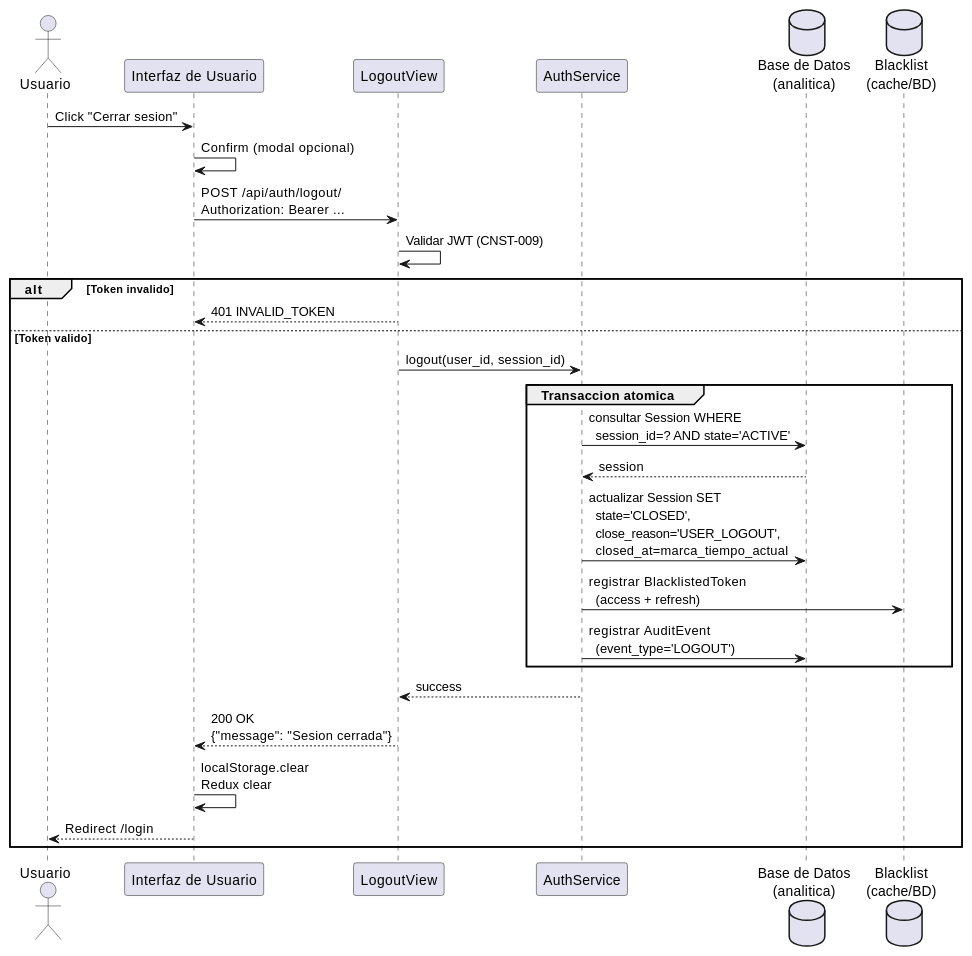
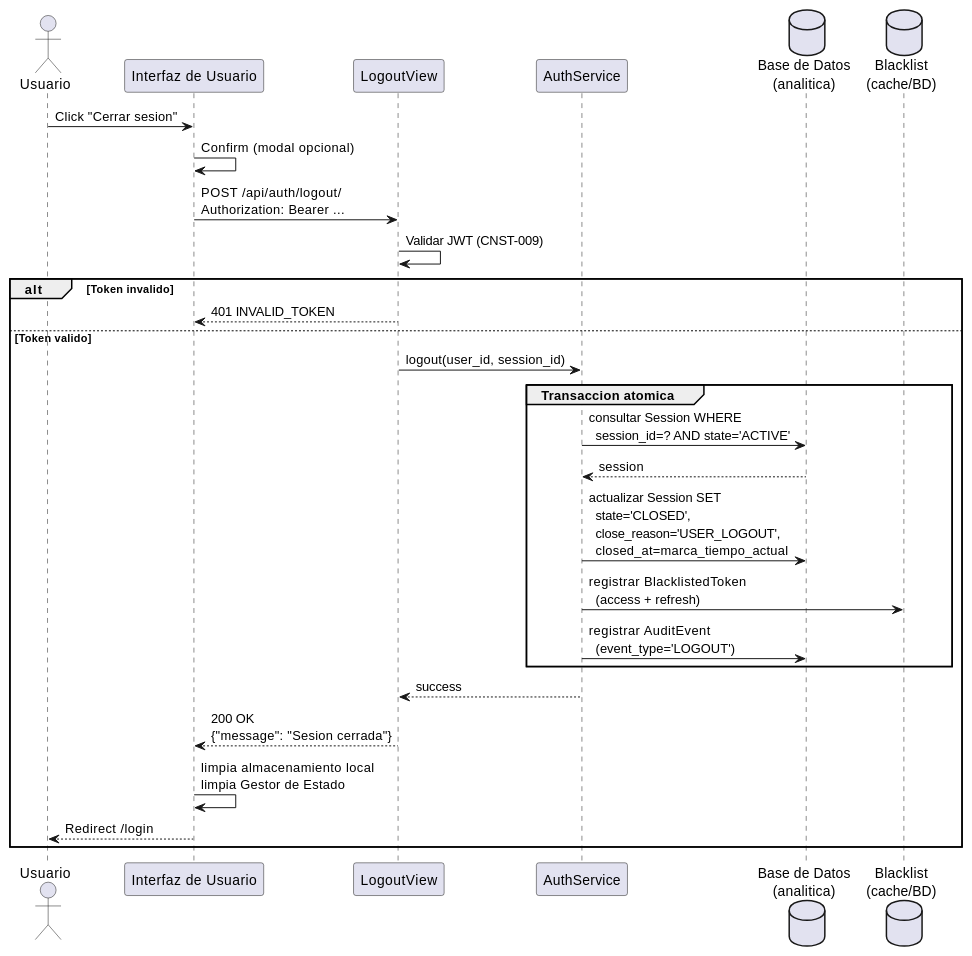
Before and after one commit to jcg-admin/IACT-docs: the diagram in source/requisitos/casos-uso/auth/uc-auth-02/diagramas-uml/diagrama-de-secuencia.rst, drawn with PlantUML. The commit also changed 12 other files, not shown here.

```diff
--- a/source/requisitos/casos-uso/auth/uc-auth-02/diagramas-uml/diagrama-de-secuencia.rst
+++ b/source/requisitos/casos-uso/auth/uc-auth-02/diagramas-uml/diagrama-de-secuencia.rst
@@ -4,37 +4,37 @@
 .. uml::
  :caption: UC_AUTH_02 — flujo principal
 
  @startuml
 
  actor Usuario as Usuario
  participant "Interfaz de Usuario" as InterfazDeUsuario
  participant "LogoutView" as Logoutview
  participant "AuthService" as Authservice
  database "Base de Datos\n(analitica)" as BaseDeDatos
  database "Blacklist\n(cache/BD)" as Blacklist
 
  Usuario -> InterfazDeUsuario: Click "Cerrar sesion"
  InterfazDeUsuario -> InterfazDeUsuario: Confirm (modal opcional)
  InterfazDeUsuario -> Logoutview: POST /api/auth/logout/\nAuthorization: Bearer ...
 
  Logoutview -> Logoutview: Validar JWT (CNST-009)
  alt Token invalido
    Logoutview --> InterfazDeUsuario: 401 INVALID_TOKEN
  else Token valido
    Logoutview -> Authservice: logout(user_id, session_id)
 
    group Transaccion atomica
      Authservice -> BaseDeDatos: consultar Session WHERE\n  session_id=? AND state='ACTIVE'
      BaseDeDatos --> Authservice: session
      Authservice -> BaseDeDatos: actualizar Session SET\n  state='CLOSED',\n  close_reason='USER_LOGOUT',\n  closed_at=marca_tiempo_actual
      Authservice -> Blacklist: registrar BlacklistedToken\n  (access + refresh)
      Authservice -> BaseDeDatos: registrar AuditEvent\n  (event_type='LOGOUT')
    end
 
    Authservice --> Logoutview: success
    Logoutview --> InterfazDeUsuario: 200 OK\n{"message": "Sesion cerrada"}
-   InterfazDeUsuario -> InterfazDeUsuario: localStorage.clear\nRedux clear
+   InterfazDeUsuario -> InterfazDeUsuario: limpia almacenamiento local\nlimpia Gestor de Estado
    InterfazDeUsuario --> Usuario: Redirect /login
  end
 
  @enduml
```
